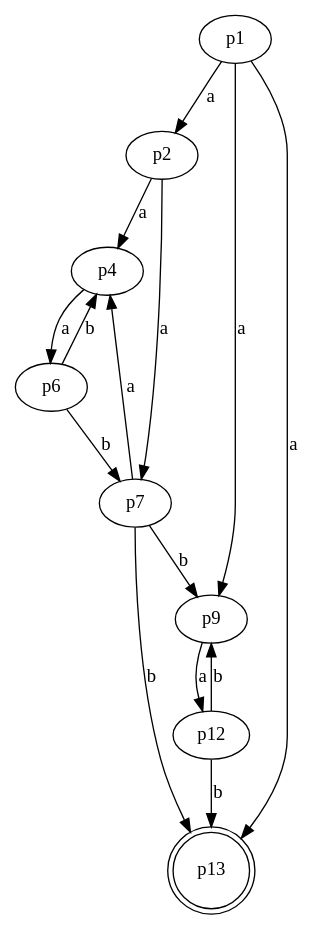
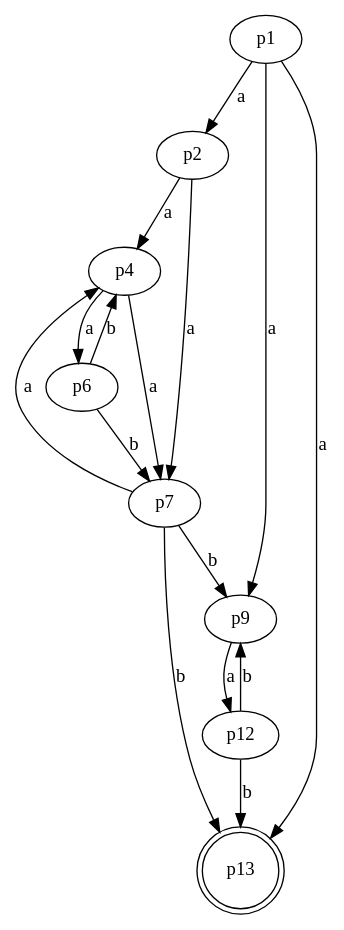
One commit to NRU-MPEI-IMAI/git-Edmelissa changed the diagram in Task3/3_2(del).gv. Above: the diagram before and after it, drawn with Graphviz.

```diff
--- a/Task3/3_2(del).gv
+++ b/Task3/3_2(del).gv
@@ -1,33 +1,34 @@
 digraph G 
 {
     n1 [label = p1]
     n2 [label = p2]
     n4 [label = p4]
     n6 [label = p6]
     n7 [label = p7]
     n9 [label = p9]
     n12 [label = p12]
     n13[label = p13, shape = doublecircle]
 
 
     n1 -> n2 [label = "a"]
     n1 -> n9 [label = "a"]
     n1 -> n13 [label = "a"]
     
     n2 -> n4 [label = "a"]
     n2 -> n7 [label = "a"]
     
     n4 -> n6 [label = "a"]
+    n4 -> n7 [label = "a"]
     
     n6 -> n4 [label = "b"]
     n6 -> n7 [label = "b"]
     
     n7 -> n4 [label = "a"]
     n7 -> n9 [label = "b"]
     n7 -> n13 [label = "b"]
     
     n9 -> n12 [label = "a"]
     
     n12 -> n13 [label = "b"]
     n12 -> n9 [label = "b"]
 }
```
